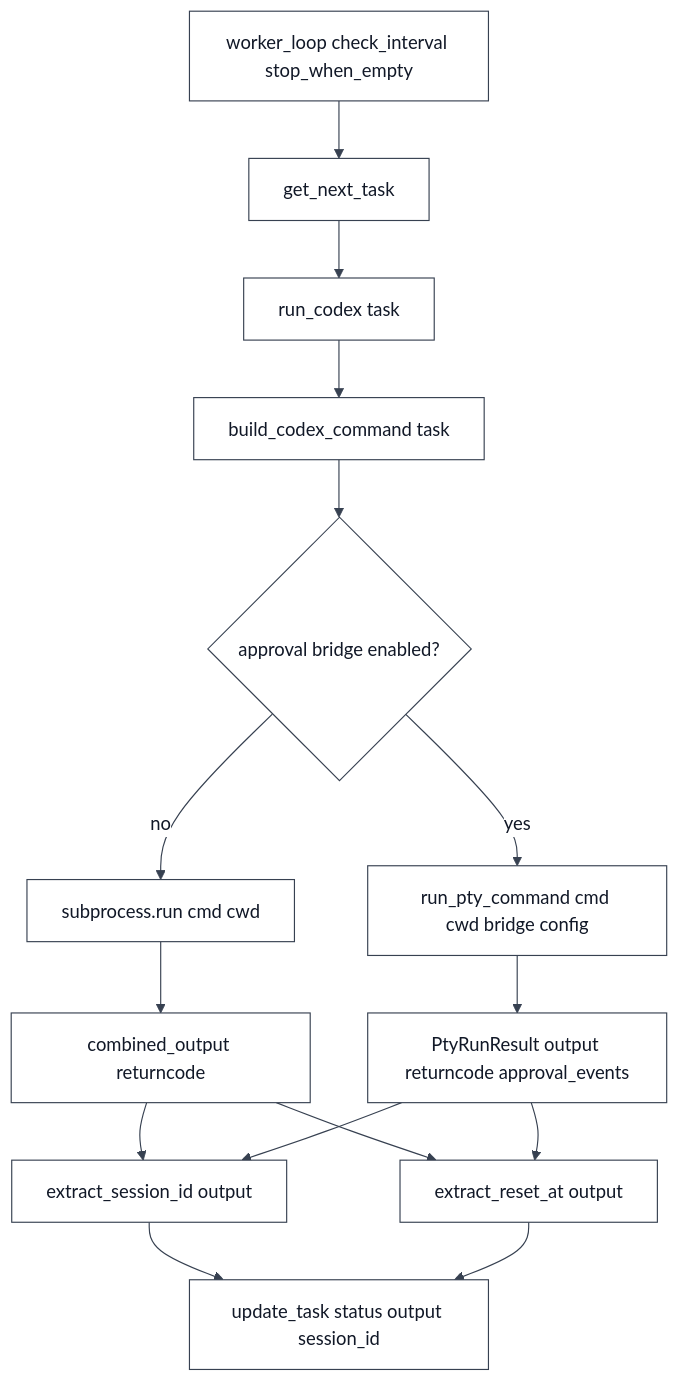
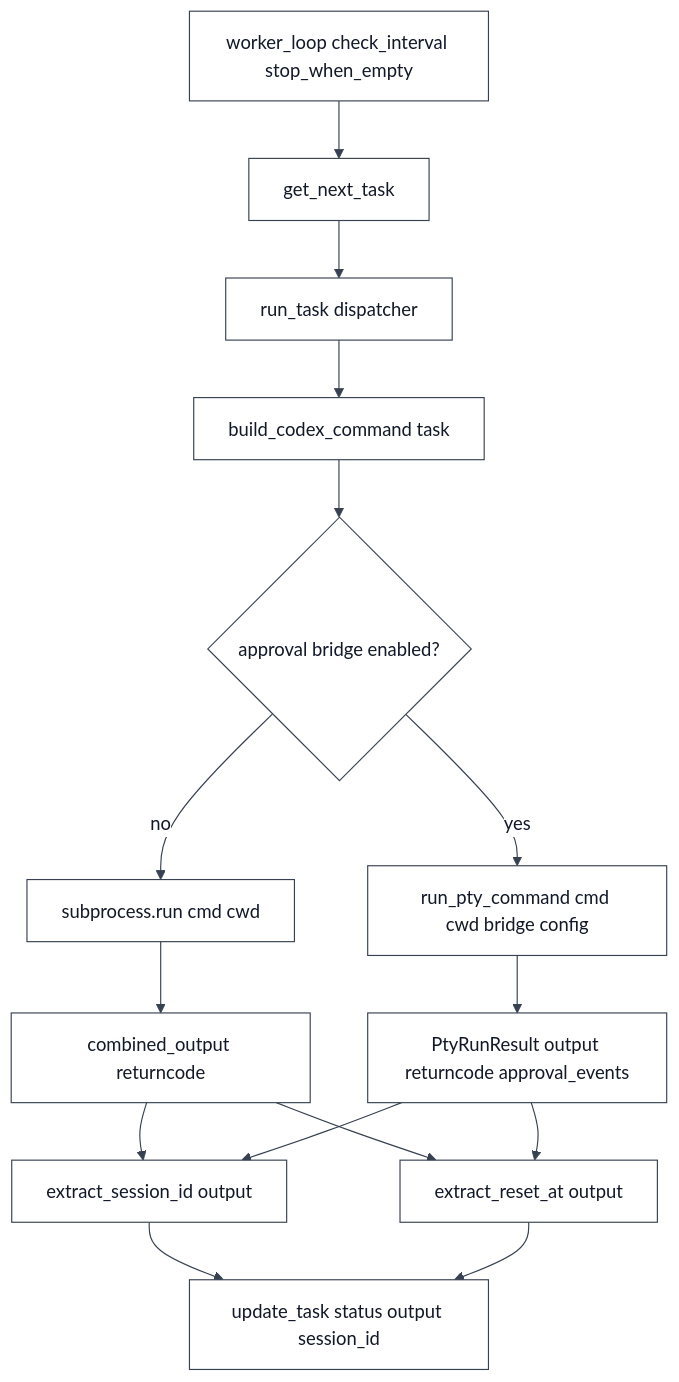
The sixth of 7 diagrams in docs/ARCHITECTURE.md (kinderp/durex), drawn with Mermaid before and after one commit. The commit also changed other lines of this file, not shown here.

First line of the commit message:
Expand architecture documentation

````diff
--- a/docs/ARCHITECTURE.md
+++ b/docs/ARCHITECTURE.md
@@ -175,18 +542,18 @@
 ```mermaid
 %%{init: {"theme": "base", "themeVariables": {"primaryColor": "#ffffff", "primaryTextColor": "#111827", "primaryBorderColor": "#374151", "lineColor": "#374151", "secondaryColor": "#f3f4f6", "tertiaryColor": "#ffffff", "textColor": "#111827", "mainBkg": "#ffffff", "nodeBorder": "#374151", "clusterBkg": "#f9fafb", "clusterBorder": "#9ca3af", "edgeLabelBackground": "#ffffff", "actorBkg": "#ffffff", "actorBorder": "#374151", "actorTextColor": "#111827", "activationBkgColor": "#e5e7eb", "activationBorderColor": "#374151", "signalColor": "#111827", "signalTextColor": "#111827", "noteBkgColor": "#fef3c7", "noteTextColor": "#111827", "noteBorderColor": "#92400e"}}}%%
 flowchart TD
     A[worker_loop check_interval stop_when_empty] --> B[get_next_task]
-    B --> C[run_codex task]
+    B --> C[run_task dispatcher]
     C --> D[build_codex_command task]
     D --> E{approval bridge enabled?}
     E -->|no| F[subprocess.run cmd cwd]
     E -->|yes| G[run_pty_command cmd cwd bridge config]
     F --> H[combined_output returncode]
     G --> I[PtyRunResult output returncode approval_events]
     H --> J[extract_session_id output]
     H --> K[extract_reset_at output]
     I --> J
     I --> K
     J --> L[update_task status output session_id]
     K --> L
 ```
````
